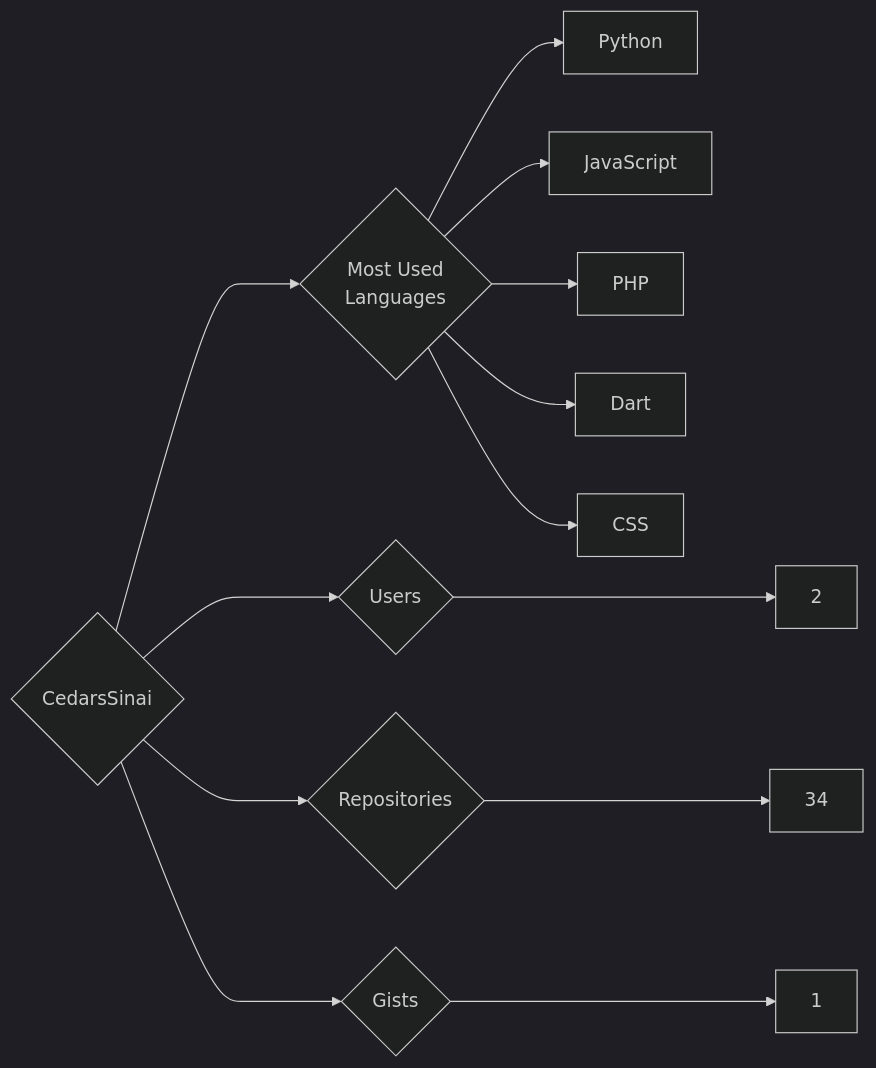
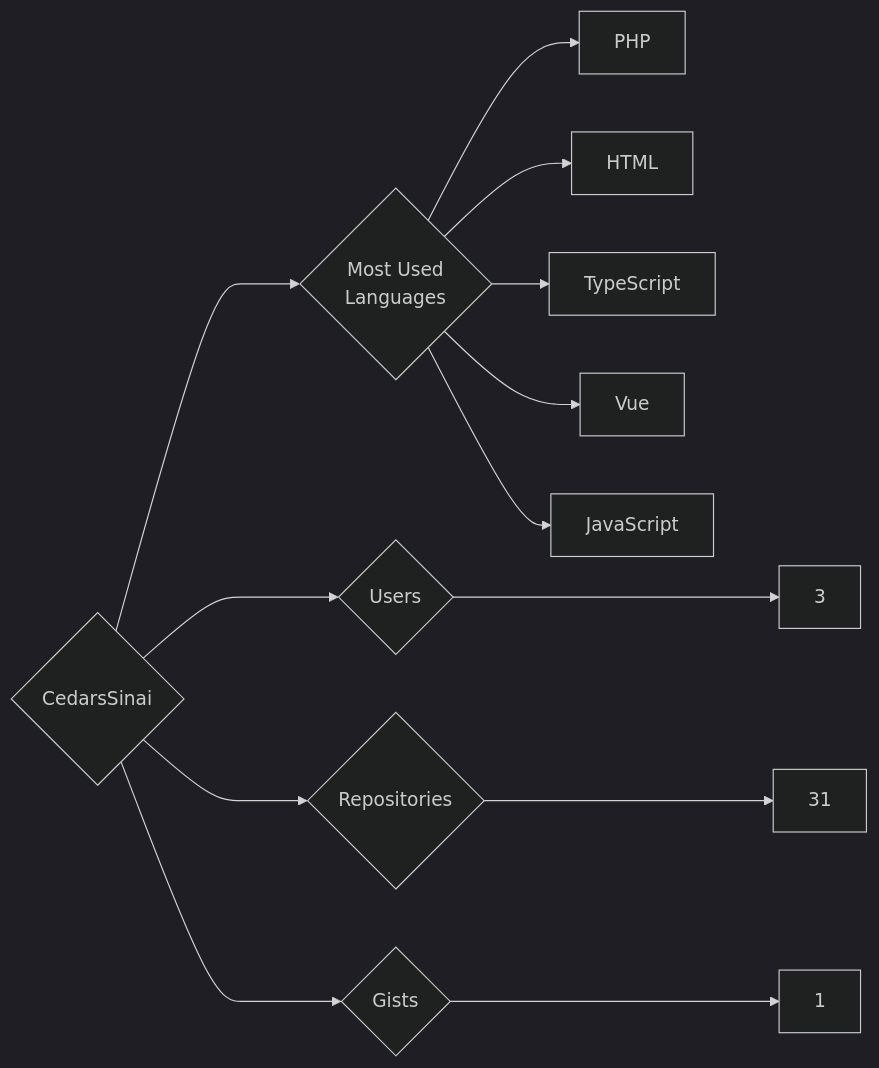
One commit to trickest/insiders changed the diagram in targets/CedarsSinai/README.md. Above: the diagram before and after it, drawn with Mermaid (dark theme). The commit also changed 1166 other files, not shown here.

````diff
--- a/targets/CedarsSinai/README.md
+++ b/targets/CedarsSinai/README.md
@@ -3,13 +3,13 @@
 ```mermaid
 graph LR
 COMPANY_NAME{CedarsSinai}
-COMPANY_NAME ---> U{Users} ---> UN[2]
-COMPANY_NAME ---> R{Repositories} ---> RN[34]
+COMPANY_NAME ---> U{Users} ---> UN[3]
+COMPANY_NAME ---> R{Repositories} ---> RN[31]
 COMPANY_NAME ---> G{Gists} ---> GN[1]
 COMPANY_NAME ---> ML{Most Used<br>Languages}
-ML --> Python[Python]
+ML --> PHP[PHP]
+ML --> HTML[HTML]
+ML --> TypeScript[TypeScript]
+ML --> Vue[Vue]
 ML --> JavaScript[JavaScript]
-ML --> PHP[PHP]
-ML --> Dart[Dart]
-ML --> CSS[CSS]
 ```
````
